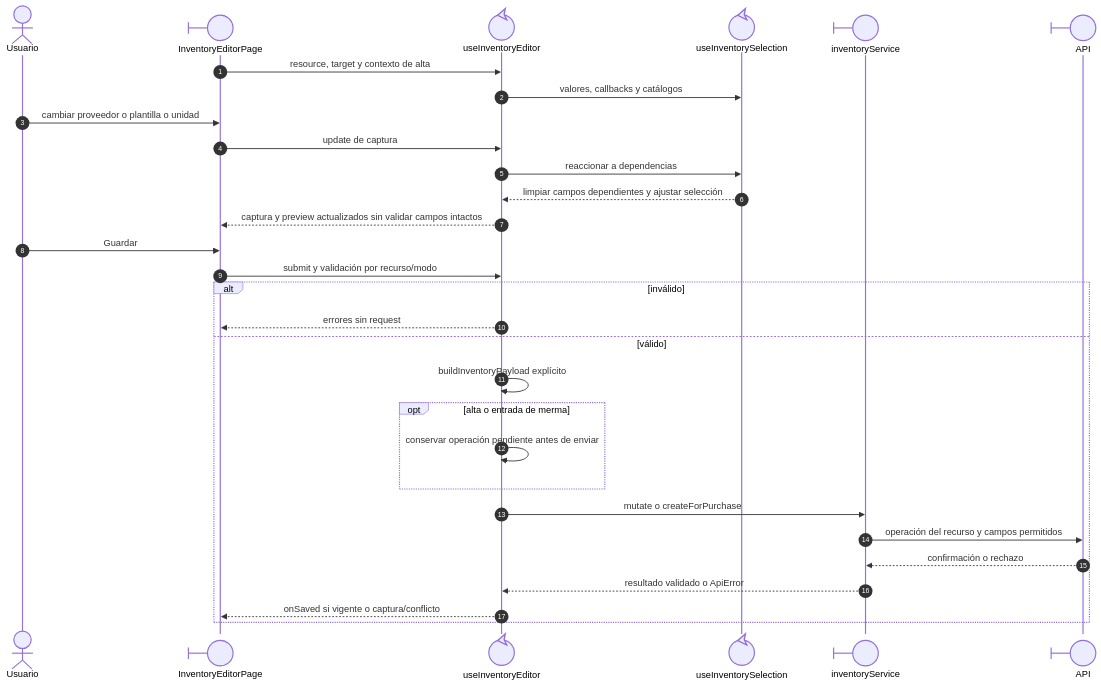
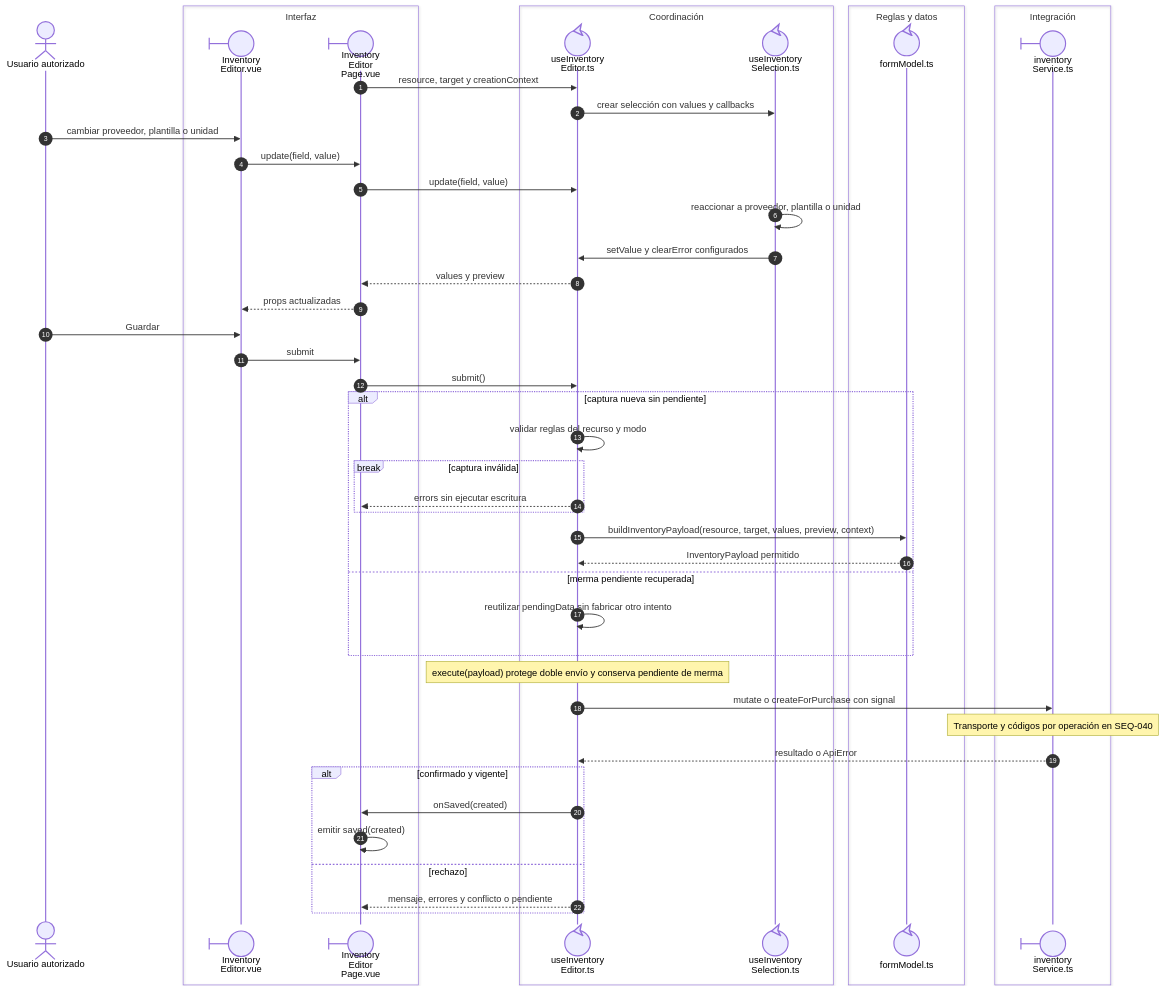
Before and after one commit to gpgsistemas01/nexus: the diagram in front/docs/architecture/views/processes/05-warehouse/01-inventory-selection-write.md, drawn with Mermaid. The commit also changed other lines of this file and 46 other files, not shown here.

Commit message:
docs: alinear secuencias Vue con participantes y callbacks reales

````diff
--- a/front/docs/architecture/views/processes/05-warehouse/01-inventory-selection-write.md
+++ b/front/docs/architecture/views/processes/05-warehouse/01-inventory-selection-write.md
@@ -15,32 +13,51 @@
 ```mermaid
 sequenceDiagram
     autonumber
-    actor Usuario
-    participant Page@{ "type": "boundary" } as InventoryEditorPage
-    participant Editor@{ "type": "control" } as useInventoryEditor
-    participant Selection@{ "type": "control" } as useInventorySelection
-    participant Service@{ "type": "boundary" } as inventoryService
-    participant API@{ "type": "boundary" } as API
-    Page->>Editor: resource, target y contexto de alta
-    Editor->>Selection: valores, callbacks y catálogos
-    Usuario->>Page: cambiar proveedor o plantilla o unidad
-    Page->>Editor: update de captura
-    Editor->>Selection: reaccionar a dependencias
-    Selection-->>Editor: limpiar campos dependientes y ajustar selección
-    Editor-->>Page: captura y preview actualizados sin validar campos intactos
-    Usuario->>Page: Guardar
-    Page->>Editor: submit y validación por recurso/modo
-    alt inválido
-        Editor-->>Page: errores sin request
-    else válido
-        Editor->>Editor: buildInventoryPayload explícito
-        opt alta o entrada de merma
-            Editor->>Editor: conservar operación pendiente antes de enviar
+    actor U as Usuario autorizado
+    box Interfaz
+    participant Form@{ "type": "boundary" } as Inventory<br/>Editor.vue
+    participant Page@{ "type": "boundary" } as Inventory<br/>Editor<br/>Page.vue
+    end
+    box Coordinación
+    participant Editor@{ "type": "control" } as useInventory<br/>Editor.ts
+    participant Selection@{ "type": "control" } as useInventory<br/>Selection.ts
+    end
+    box Reglas y datos
+    participant Model@{ "type": "control" } as formModel.ts
+    end
+    box Integración
+    participant Service@{ "type": "boundary" } as inventory<br/>Service.ts
+    end
+    Page->>Editor: resource, target y creationContext
+    Editor->>Selection: crear selección con values y callbacks
+    U->>Form: cambiar proveedor, plantilla o unidad
+    Form->>Page: update(field, value)
+    Page->>Editor: update(field, value)
+    Selection->>Selection: reaccionar a proveedor, plantilla o unidad
+    Selection->>Editor: setValue y clearError configurados
+    Editor-->>Page: values y preview
+    Page-->>Form: props actualizadas
+    U->>Form: Guardar
+    Form->>Page: submit
+    Page->>Editor: submit()
+    alt captura nueva sin pendiente
+        Editor->>Editor: validar reglas del recurso y modo
+        break captura inválida
+            Editor-->>Page: errors sin ejecutar escritura
         end
-        Editor->>Service: mutate o createForPurchase
-        Service->>API: operación del recurso y campos permitidos
-        API-->>Service: confirmación o rechazo
-        Service-->>Editor: resultado validado o ApiError
-        Editor-->>Page: onSaved si vigente o captura/conflicto
+        Editor->>Model: buildInventoryPayload(resource, target, values, preview, context)
+        Model-->>Editor: InventoryPayload permitido
+    else merma pendiente recuperada
+        Editor->>Editor: reutilizar pendingData sin fabricar otro intento
+    end
+    Note over Editor: execute(payload) protege doble envío y conserva pendiente de merma
+    Editor->>Service: mutate o createForPurchase con signal
+    Note over Service: Transporte y códigos por operación en SEQ-040
+    Service-->>Editor: resultado o ApiError
+    alt confirmado y vigente
+        Editor->>Page: onSaved(created)
+        Page->>Page: emitir saved(created)
+    else rechazo
+        Editor-->>Page: mensaje, errores y conflicto o pendiente
     end
 ```
````
